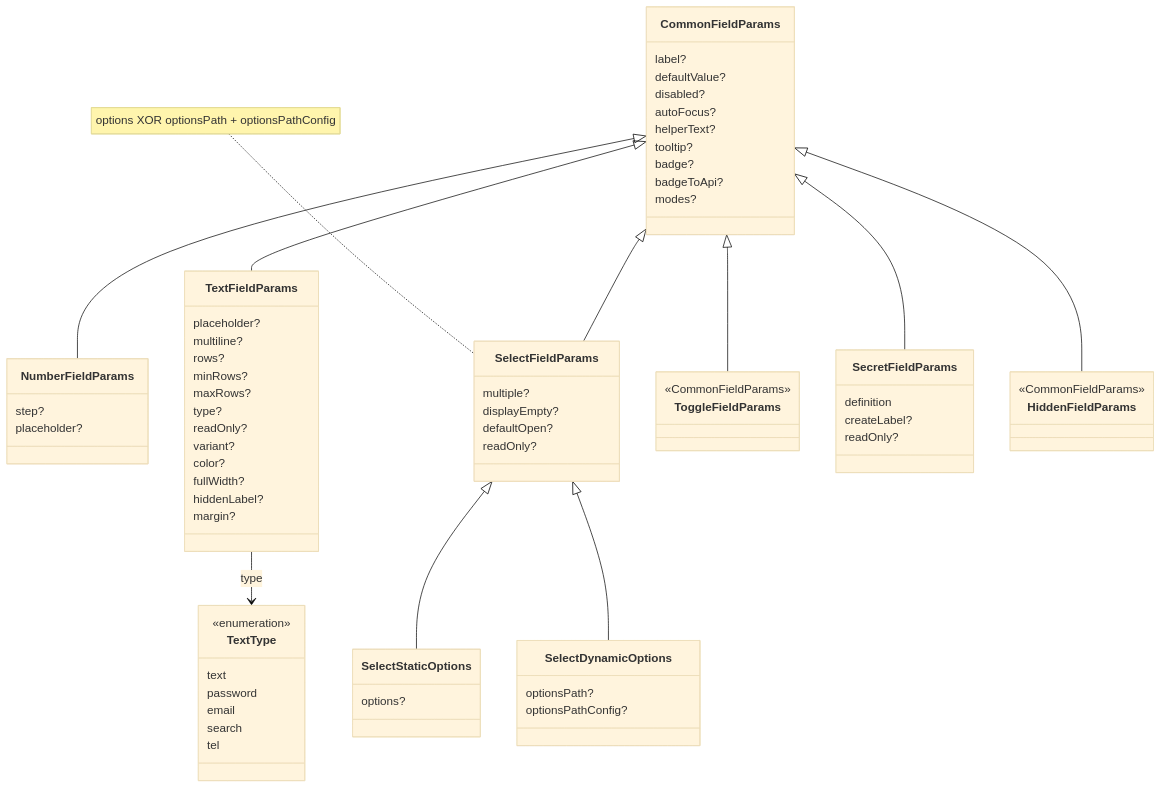
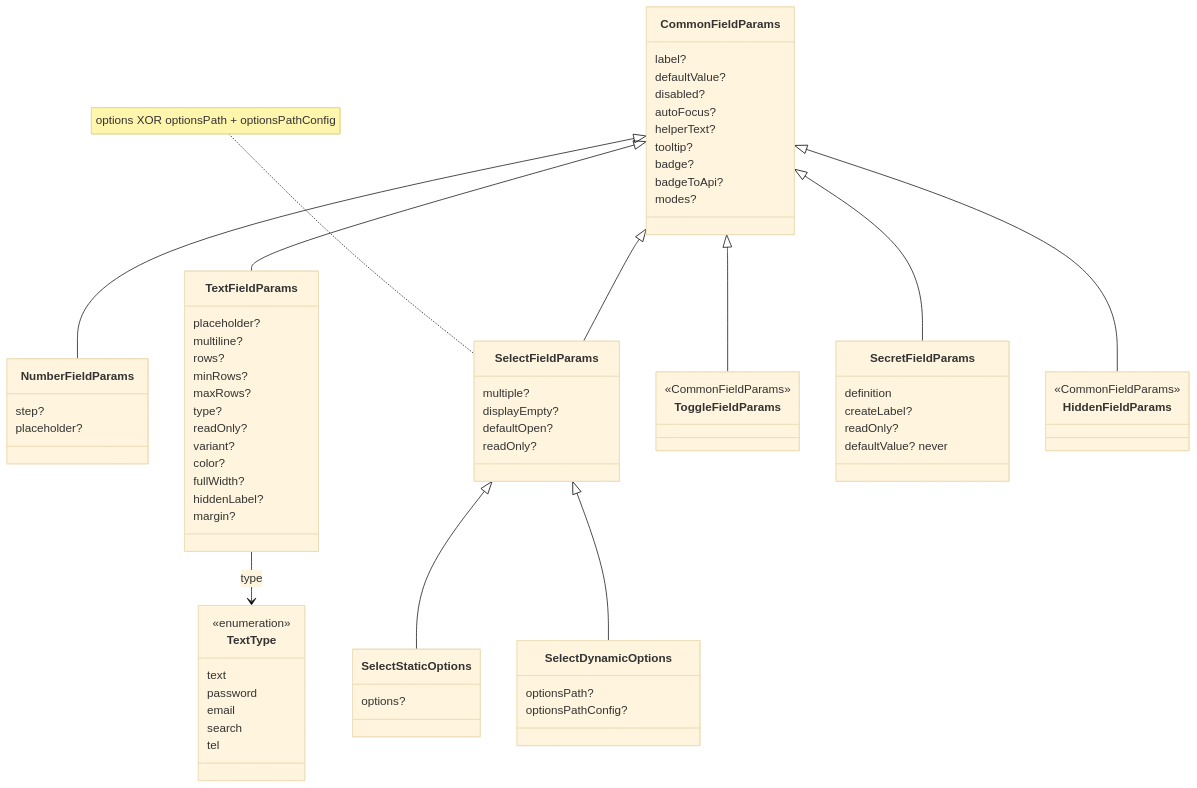
One commit to openeverest/openeverest changed the fifth of 6 diagrams in docs/ui/architecture/ui-generator/schema-reference.md. Above: the diagram before and after it, drawn with Mermaid (base theme). The commit also changed other lines of this file and 2 other files, not shown here.

````diff
--- a/docs/ui/architecture/ui-generator/schema-reference.md
+++ b/docs/ui/architecture/ui-generator/schema-reference.md
@@ -92,74 +92,75 @@
 ```mermaid
 classDiagram
   class CommonFieldParams {
     label?
     defaultValue?
     disabled?
     autoFocus?
     helperText?
     tooltip?
     badge?
     badgeToApi?
     modes?
   }
   class NumberFieldParams {
     step?
     placeholder?
   }
   class TextFieldParams {
     placeholder?
     multiline?
     rows?
     minRows?
     maxRows?
     type?
     readOnly?
     variant?
     color?
     fullWidth?
     hiddenLabel?
     margin?
   }
   class TextType {
     <<enumeration>>
     text
     password
     email
     search
     tel
   }
   class SelectFieldParams {
     multiple?
     displayEmpty?
     defaultOpen?
     readOnly?
   }
   class SelectStaticOptions {
     options?
   }
   class SelectDynamicOptions {
     optionsPath?
     optionsPathConfig?
   }
   class ToggleFieldParams {
     <<CommonFieldParams>>
   }
   class SecretFieldParams {
     definition
     createLabel?
     readOnly?
+    defaultValue? never
   }
   class HiddenFieldParams {
     <<CommonFieldParams>>
   }
   CommonFieldParams <|-- NumberFieldParams
   CommonFieldParams <|-- TextFieldParams
   CommonFieldParams <|-- SelectFieldParams
   CommonFieldParams <|-- ToggleFieldParams
   CommonFieldParams <|-- SecretFieldParams
   CommonFieldParams <|-- HiddenFieldParams
   TextFieldParams --> TextType : type
   SelectFieldParams <|-- SelectStaticOptions
   SelectFieldParams <|-- SelectDynamicOptions
   note for SelectFieldParams "options XOR optionsPath + optionsPathConfig"
 ```
````
